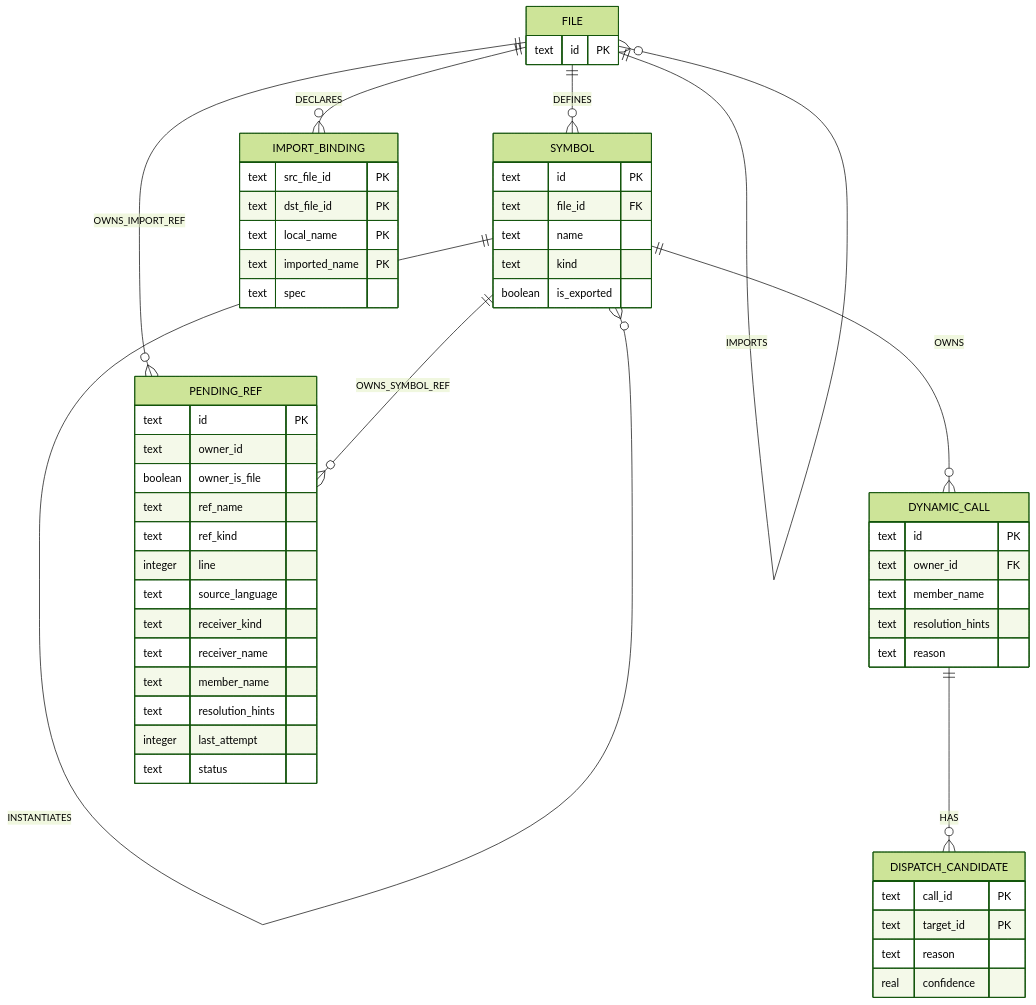
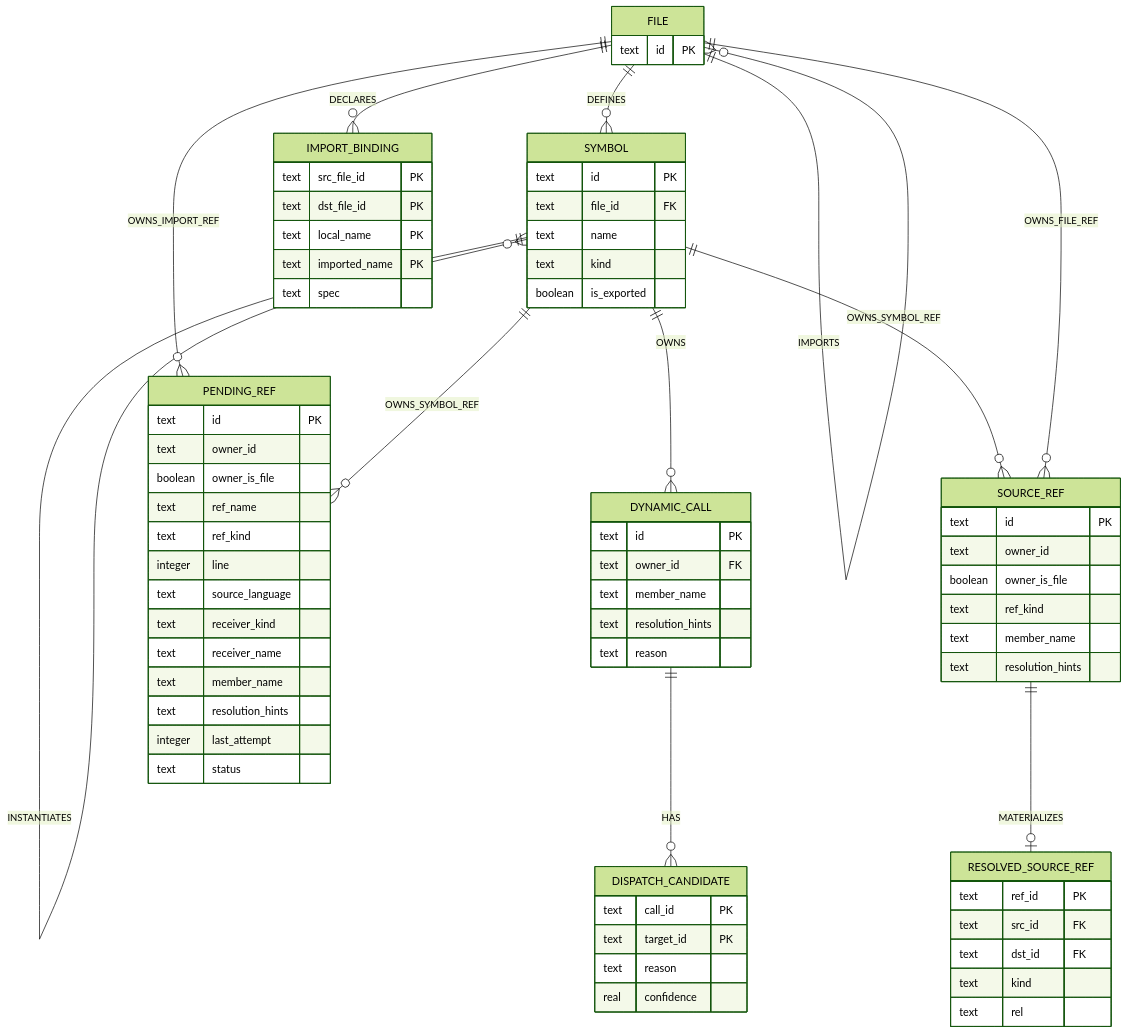
Before and after one commit to liulx20/zvec-grep: the diagram in docs/09-graph.md, drawn with Mermaid (forest theme). The commit also changed other lines of this file and 11 other files, not shown here.

Commit message:
feat: persist graph reference facts

````diff
--- a/docs/09-graph.md
+++ b/docs/09-graph.md
@@ -99,61 +99,79 @@
 ```mermaid
 erDiagram
   FILE ||--o{ SYMBOL : DEFINES
   SYMBOL ||--o{ SYMBOL : CONTAINS
   SYMBOL ||--o{ SYMBOL : CALLS
   SYMBOL ||--o{ SYMBOL : REFS
   SYMBOL ||--o{ SYMBOL : INHERITS
   FILE ||--o{ FILE : IMPORTS
   FILE ||--o{ IMPORT_BINDING : DECLARES
   SYMBOL ||--o{ SYMBOL : INSTANTIATES
   SYMBOL ||--o{ DYNAMIC_CALL : OWNS
   DYNAMIC_CALL ||--o{ DISPATCH_CANDIDATE : HAS
+  SYMBOL ||--o{ SOURCE_REF : OWNS_SYMBOL_REF
+  FILE ||--o{ SOURCE_REF : OWNS_FILE_REF
+  SOURCE_REF ||--o| RESOLVED_SOURCE_REF : MATERIALIZES
   FILE ||--o{ PENDING_REF : OWNS_IMPORT_REF
   SYMBOL ||--o{ PENDING_REF : OWNS_SYMBOL_REF
 
   FILE {
     text id PK
   }
   SYMBOL {
     text id PK
     text file_id FK
     text name
     text kind
     boolean is_exported
   }
   PENDING_REF {
     text id PK
     text owner_id
     boolean owner_is_file
     text ref_name
     text ref_kind
     integer line
     text source_language
     text receiver_kind
     text receiver_name
     text member_name
     text resolution_hints
     integer last_attempt
     text status
   }
   IMPORT_BINDING {
     text src_file_id PK
     text dst_file_id PK
     text local_name PK
     text imported_name PK
     text spec
   }
   DYNAMIC_CALL {
     text id PK
     text owner_id FK
     text member_name
     text resolution_hints
     text reason
   }
   DISPATCH_CANDIDATE {
     text call_id PK
     text target_id PK
     text reason
     real confidence
   }
+  SOURCE_REF {
+    text id PK
+    text owner_id
+    boolean owner_is_file
+    text ref_kind
+    text member_name
+    text resolution_hints
+  }
+  RESOLVED_SOURCE_REF {
+    text ref_id PK
+    text src_id FK
+    text dst_id FK
+    text kind
+    text rel
+  }
 ```
````
